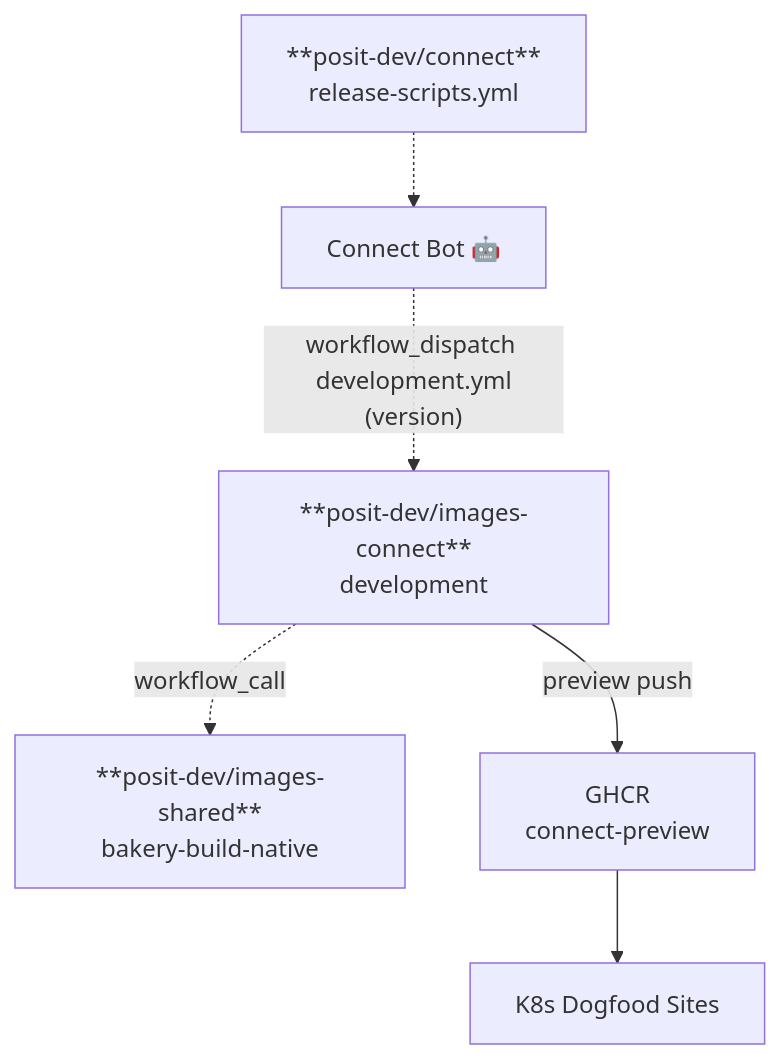
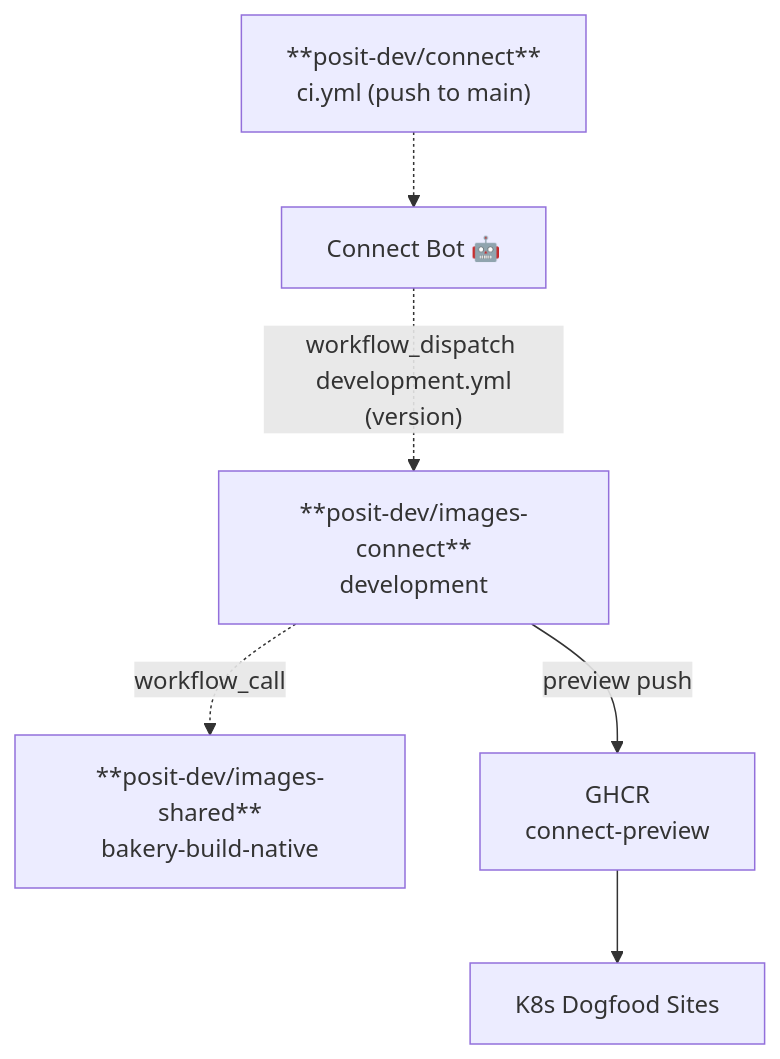
One commit to posit-dev/images-shared changed the fifth of 9 diagrams in docs/cross-repo-dag.md. Above: the diagram before and after it, drawn with Mermaid. The commit also changed other lines of this file, not shown here.

First line of the commit message:
Fix dev dispatch workflow origins in DAG

````diff
--- a/docs/cross-repo-dag.md
+++ b/docs/cross-repo-dag.md
@@ -189,22 +189,22 @@
 ```mermaid
 graph TD
-    PROD["**posit-dev/connect**<br/>release-scripts.yml"]
+    PROD["**posit-dev/connect**<br/>ci.yml (push to main)"]
     BOT["Connect Bot 🤖"]
 
     PROD -.-> BOT
     BOT -.->|"workflow_dispatch development.yml<br/>(version)"| IMG_DEV
 
     SHARED["**posit-dev/images-shared**<br/>bakery-build-native"]
 
     IMG_DEV["**posit-dev/images-connect**<br/>development"]
 
     IMG_DEV -.->|workflow_call| SHARED
 
     IMG_DEV -->|preview push| GHCR
 
     GHCR["GHCR<br/>connect-preview"]
 
     GHCR --> K8S
 
     K8S["K8s Dogfood Sites"]
 ```
````
